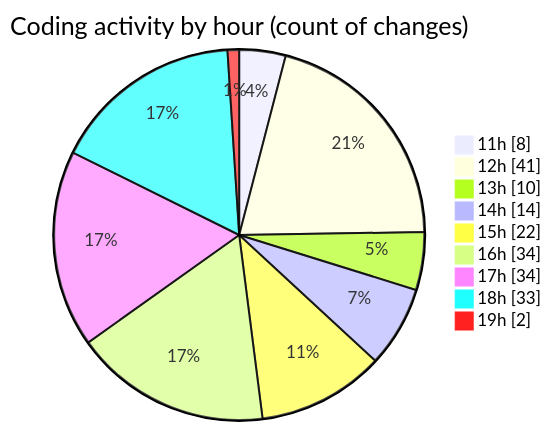
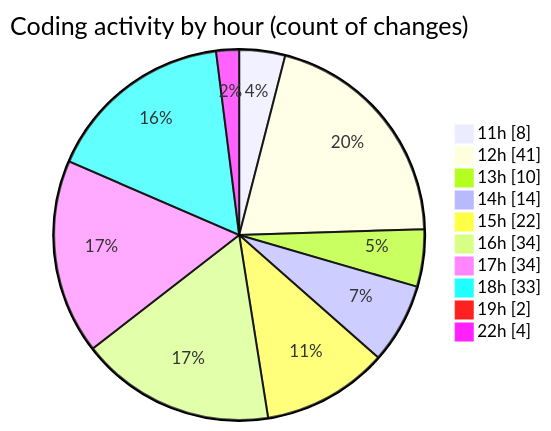
Before and after one commit to BS-eng2023/code-tracking: the second of 2 diagrams in 2025-05-04/project/README.md, drawn with Mermaid. The commit also changed other lines of this file and 1 other file, not shown here.

````diff
--- a/2025-05-04/project/README.md
+++ b/2025-05-04/project/README.md
@@ -54,13 +54,14 @@
 ```mermaid
 pie showData
 title Coding activity by hour (count of changes)
 "11h" : 8
 "12h" : 41
 "13h" : 10
 "14h" : 14
 "15h" : 22
 "16h" : 34
 "17h" : 34
 "18h" : 33
 "19h" : 2
+"22h" : 4
 ```
````
